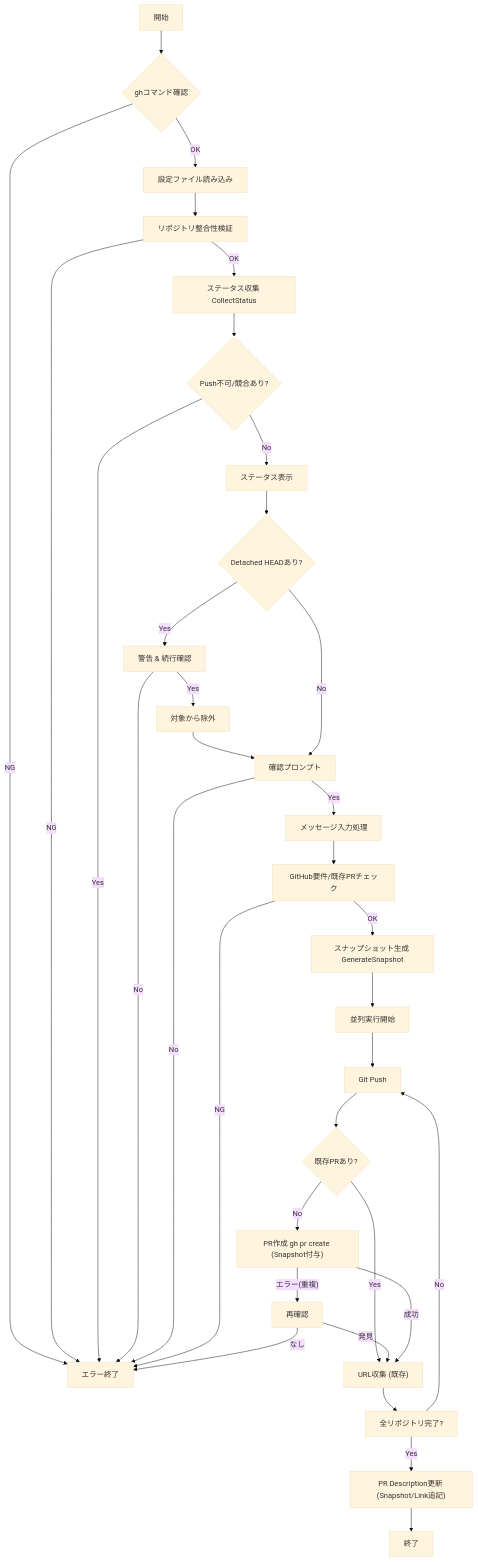
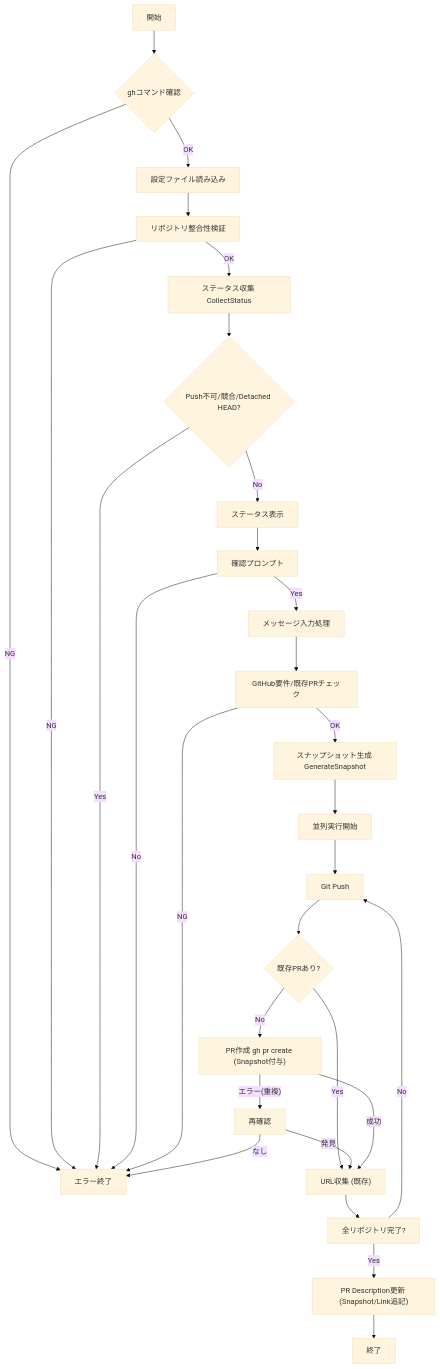
Before and after one commit to keiji/mistletoe: the diagram in docs/internal/app/pr_create.md, drawn with Mermaid (base theme). The commit also changed other lines of this file and 3 other files, not shown here.

````diff
--- a/docs/internal/app/pr_create.md
+++ b/docs/internal/app/pr_create.md
@@ -74,36 +73,31 @@
 ```mermaid
 flowchart TD
     A["開始"] --> B{"ghコマンド確認"}
     B -- OK --> C["設定ファイル読み込み"]
     B -- NG --> Z["エラー終了"]
     C --> D["リポジトリ整合性検証"]
     D -- OK --> E["ステータス収集 CollectStatus"]
     D -- NG --> Z
-    E --> F{"Push不可/競合あり?"}
+    E --> F{"Push不可/競合/Detached HEAD?"}
     F -- Yes --> Z
     F -- No --> G["ステータス表示"]
-    G --> H{"Detached HEADあり?"}
-    H -- Yes --> I["警告 & 続行確認"]
-    I -- No --> Z
-    I -- Yes --> J_EXCL["対象から除外"]
-    J_EXCL --> J["確認プロンプト"]
-    H -- No --> J
+    G --> J["確認プロンプト"]
     J -- No --> Z
     J -- Yes --> MSG["メッセージ入力処理"]
     MSG --> K["GitHub要件/既存PRチェック"]
     K -- NG --> Z
     K -- OK --> SNAP["スナップショット生成 GenerateSnapshot"]
     SNAP --> L["並列実行開始"]
     L --> M["Git Push"]
     M --> N{"既存PRあり?"}
     N -- Yes --> O["URL収集 (既存)"]
     N -- No --> P["PR作成 gh pr create (Snapshot付与)"]
     P -- "エラー(重複)" --> Q["再確認"]
     Q -- "発見" --> O
     Q -- "なし" --> Z
     P -- "成功" --> O
     O --> R["全リポジトリ完了?"]
     R -- No --> M
     R -- Yes --> S["PR Description更新 (Snapshot/Link追記)"]
     S --> T["終了"]
 ```
````
